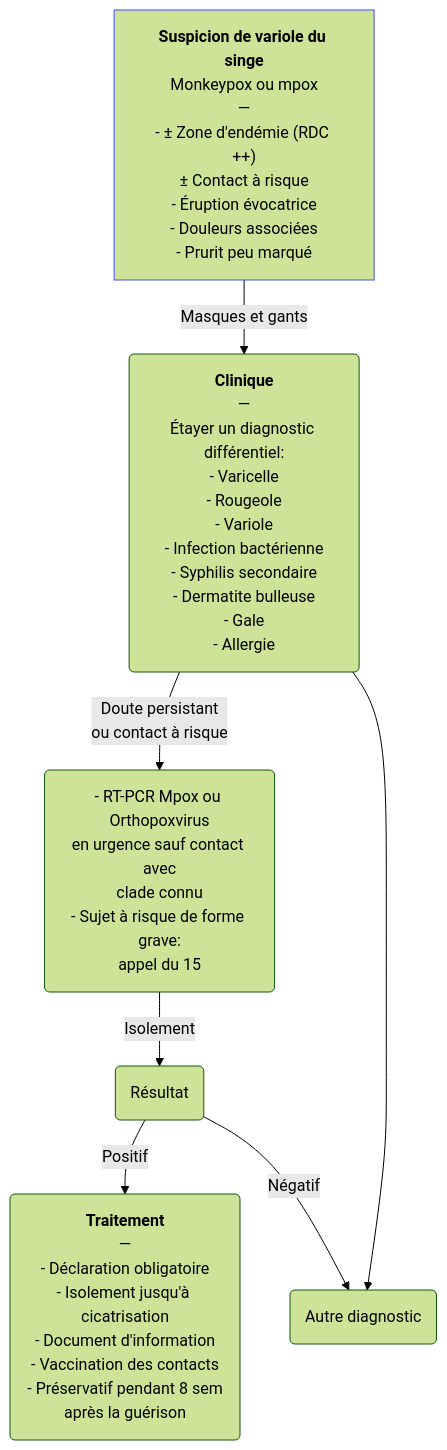
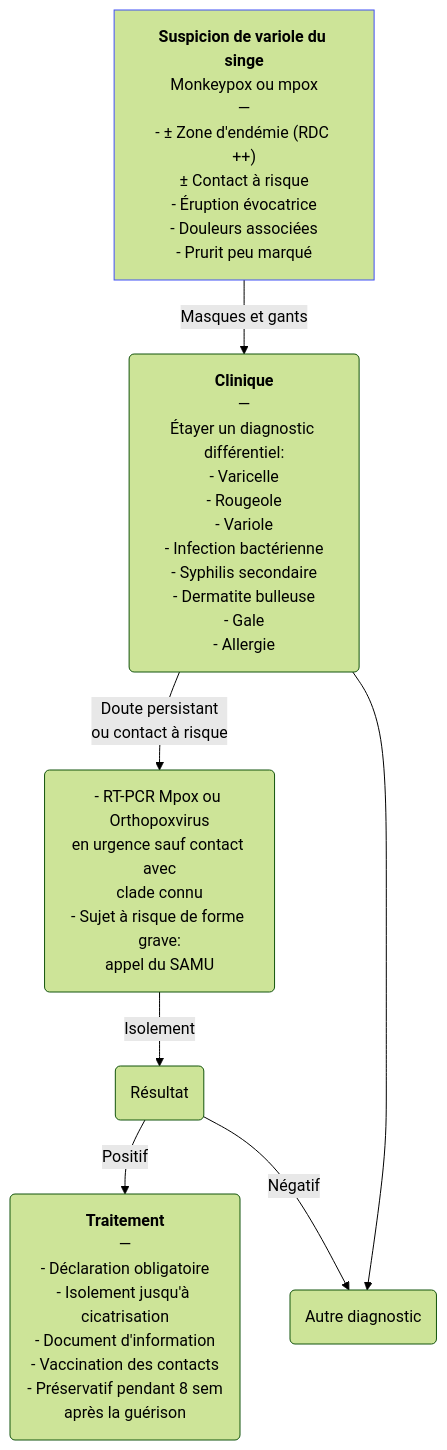
One commit to djibe/recommandations-medicales changed the diagram in content/recommandations/mpox.md. Above: the diagram before and after it, drawn with Mermaid (forest theme). The commit also changed other lines of this file and 35 other files, not shown here.

```diff
--- a/content/recommandations/mpox.md
+++ b/content/recommandations/mpox.md
@@ -267,7 +267,7 @@
 {{< mermaid title="Prise en charge du Monkeypox (variole du singe) par le médecin généraliste. Dr JB Fron d'après HAS et MinSanté 2024" >}}
 graph TB
-  suspicion["<b>Suspicion de variole du singe</b><br>Monkeypox ou mpox<br>—<br>- ± Zone d'endémie (RDC ++)<br>± Contact à risque<br>- Éruption évocatrice<br>- Douleurs associées<br>- Prurit peu marqué"] -- "Masques et gants" --> clinique("<b>Clinique</b><br>—<br>Étayer un diagnostic différentiel:<br>- Varicelle<br>- Rougeole<br>- Variole<br>- Infection bactérienne<br>- Syphilis secondaire<br>- Dermatite bulleuse<br>- Gale<br>- Allergie") -- "Doute persistant<br>ou contact à risque" --> test("- RT-PCR Mpox ou Orthopoxvirus<br>en urgence sauf contact avec<br>clade connu<br>- Sujet à risque de forme grave:<br>appel du 15") -- Isolement --> résultat(Résultat) -- Positif --> mesures(<b>Traitement</b><br>—<br>- Déclaration obligatoire<br>- Isolement jusqu'à cicatrisation<br>- Document d'information<br>- Vaccination des contacts<br>- Préservatif pendant 8 sem<br>après la guérison)
+  suspicion["<b>Suspicion de variole du singe</b><br>Monkeypox ou mpox<br>—<br>- ± Zone d'endémie (RDC ++)<br>± Contact à risque<br>- Éruption évocatrice<br>- Douleurs associées<br>- Prurit peu marqué"] -- "Masques et gants" --> clinique("<b>Clinique</b><br>—<br>Étayer un diagnostic différentiel:<br>- Varicelle<br>- Rougeole<br>- Variole<br>- Infection bactérienne<br>- Syphilis secondaire<br>- Dermatite bulleuse<br>- Gale<br>- Allergie") -- "Doute persistant<br>ou contact à risque" --> test("- RT-PCR Mpox ou Orthopoxvirus<br>en urgence sauf contact avec<br>clade connu<br>- Sujet à risque de forme grave:<br>appel du SAMU") -- Isolement --> résultat(Résultat) -- Positif --> mesures(<b>Traitement</b><br>—<br>- Déclaration obligatoire<br>- Isolement jusqu'à cicatrisation<br>- Document d'information<br>- Vaccination des contacts<br>- Préservatif pendant 8 sem<br>après la guérison)
     résultat -- Négatif --> autre
     clinique --> autre(Autre diagnostic)
   style suspicion stroke:#4150f5, stroke-width:1px
 {{< /mermaid >}}
```
